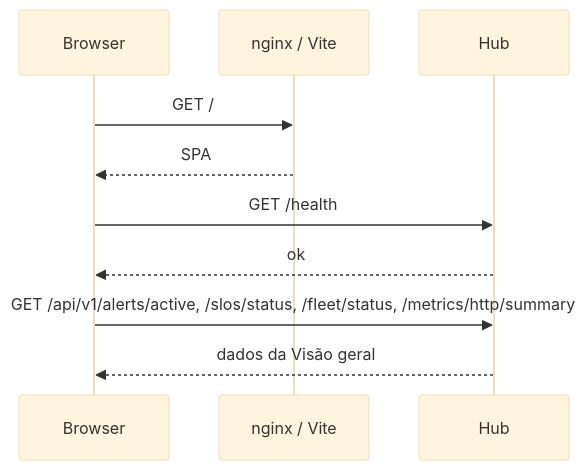
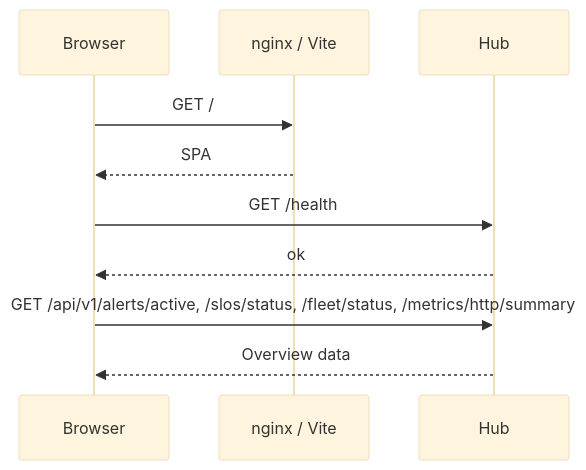
The second of 4 diagrams in docs/flows/ui-panel.md (HarryRaddatz/argus-observability), drawn with Mermaid (base theme) before and after one commit. The commit also changed other lines of this file and 89 other files, not shown here.

````diff
--- a/docs/flows/ui-panel.md
+++ b/docs/flows/ui-panel.md
@@ -75,13 +75,13 @@
 ```mermaid
 sequenceDiagram
   participant Browser
   participant Web as nginx / Vite
   participant Hub
 
   Browser->>Web: GET /
   Web-->>Browser: SPA
   Browser->>Hub: GET /health
   Hub-->>Browser: ok
   Browser->>Hub: GET /api/v1/alerts/active, /slos/status, /fleet/status, /metrics/http/summary
-  Hub-->>Browser: dados da Visão geral
+  Hub-->>Browser: Overview data
 ```
````
